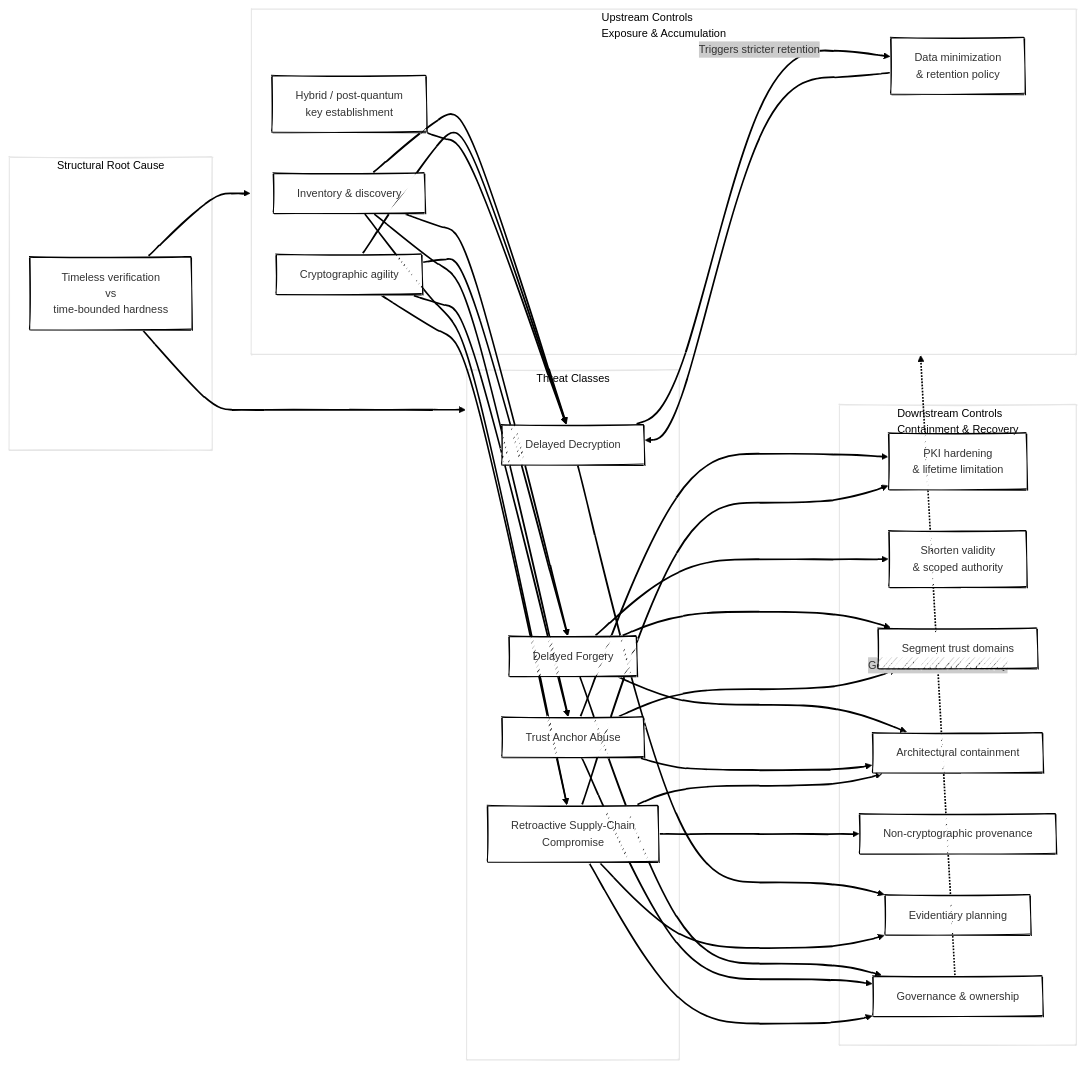
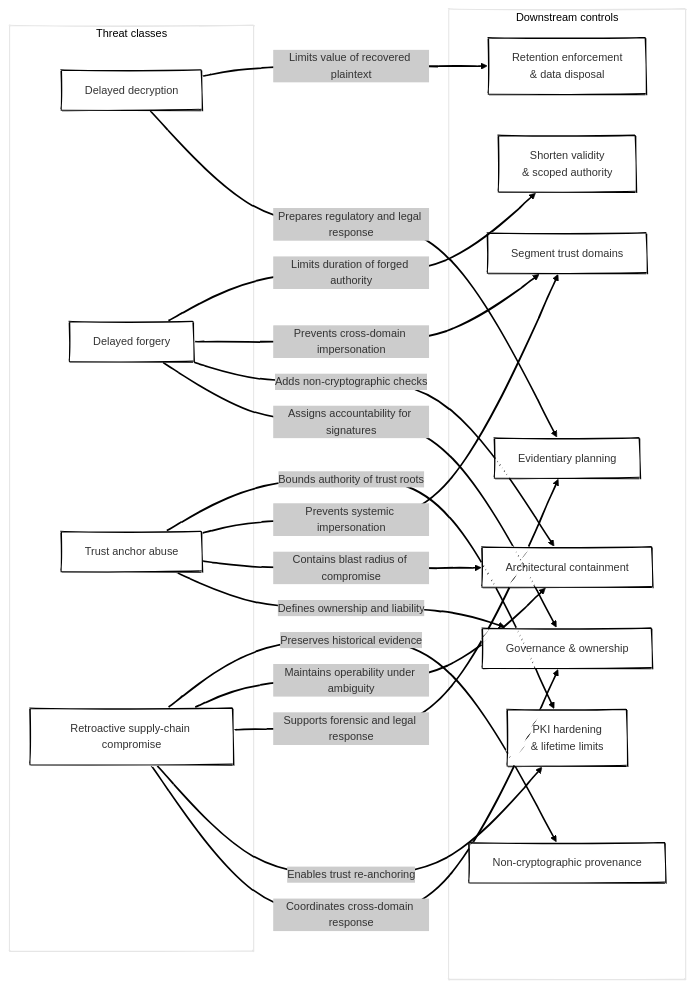
Before and after one commit to antomon/antomon.github.io: the fifth of 5 diagrams in longforms/when-digital-trust-expires-quantum-computing-and-the-collapse-of-signature-based-security/index.qmd, drawn with Mermaid. The commit also changed other lines of this file and 5 other files, not shown here.

````diff
--- a/longforms/when-digital-trust-expires-quantum-computing-and-the-collapse-of-signature-based-security/index.qmd
+++ b/longforms/when-digital-trust-expires-quantum-computing-and-the-collapse-of-signature-based-security/index.qmd
@@ -562,78 +620,46 @@
 ```{mermaid}
-%%| label: fig-threats-to-remediations
-%%| fig-cap: "Post-quantum threats and the remediation measures that mitigate each failure mode. Each threat class is linked to specific controls discussed in the essay, showing how inventory, governance, lifecycle management, cryptographic agility, and architectural containment interrupt the progression from threat mechanism to systemic failure."
-%%| fig-alt: "Threat classes and their corresponding mitigation controls"
+%%| label: fig-threats-to-downstream-controls
+%%| fig-cap: "Each post-quantum threat class activates distinct containment and recovery controls. These measures do not prevent cryptographic breakage but limit authority, scope, irreversibility, and legal exposure once trust assumptions collapse."
+%%| fig-alt: "Post-quantum threats mapped to containment controls"
 %%| fig-align: "center"
 %%{init: {"theme": "neo", "look": "handDrawn"}}%%
 
 flowchart LR
 
-    subgraph ROOT["Structural Root Cause"]
-        R["Timeless verification<br>vs<br>time-bounded hardness"]
-    end
+subgraph THREATS["Threat classes"]
+    DD["Delayed decryption"]
+    DF["Delayed forgery"]
+    TA["Trust anchor abuse"]
+    SC["Retroactive supply-chain compromise"]
+end
 
-    subgraph PRE["Upstream Controls<br>Exposure & Accumulation"]
-        INV["Inventory & discovery"]
-        AGI["Cryptographic agility"]
-        HYB["Hybrid / post-quantum<br>key establishment"]
-        DRET["Data minimization<br>& retention policy"]
-    end
+subgraph POST["Downstream controls"]
+    DRET["Retention enforcement<br>& data disposal"]
+    LIF["Shorten validity<br>& scoped authority"]
+    PKI["PKI hardening<br>& lifetime limits"]
+    SEG["Segment trust domains"]
+    ARCH["Architectural containment"]
+    PROV["Non-cryptographic provenance"]
+    EV["Evidentiary planning"]
+    GOV["Governance & ownership"]
+end
 
-    subgraph THREATS["Threat Classes"]
-        DD["Delayed Decryption"]
-        DF["Delayed Forgery"]
-        TA["Trust Anchor Abuse"]
-        SC["Retroactive Supply-Chain<br>Compromise"]
-    end
+DD -->|Limits value of recovered plaintext| DRET
+DD -->|Prepares regulatory and legal response| EV
 
-    subgraph POST["Downstream Controls<br>Containment & Recovery"]
-        PKI["PKI hardening<br>& lifetime limitation"]
-        LIF["Shorten validity<br>& scoped authority"]
-        SEG["Segment trust domains"]
-        ARCH["Architectural containment"]
-        PROV["Non-cryptographic provenance"]
-        EV["Evidentiary planning"]
-        GOV["Governance & ownership"]
-    end
+DF -->|Limits duration of forged authority| LIF
+DF -->|Prevents cross-domain impersonation| SEG
+DF -->|Adds non-cryptographic checks| ARCH
+DF -->|Assigns accountability for signatures| GOV
 
-    %% Root cause
-    R --> PRE
-    R --> THREATS
+TA -->|Bounds authority of trust roots| PKI
+TA -->|Prevents systemic impersonation| SEG
+TA -->|Contains blast radius of compromise| ARCH
+TA -->|Defines ownership and liability| GOV
 
-    %% Upstream controls shaping threat exposure
-    INV --> DD
-    INV --> DF
-    INV --> TA
-    INV --> SC
-
-    AGI --> DD
-    AGI --> DF
-    AGI --> TA
-    AGI --> SC
-
-    HYB --> DD
-    DRET --> DD
-
-    %% Threats driving downstream damage controls
-    DD -->|Triggers stricter retention| DRET
-    DD --> EV
-
-    DF --> LIF
-    DF --> SEG
-    DF --> ARCH
-    DF --> GOV
-
-    TA --> PKI
-    TA --> SEG
-    TA --> ARCH
-    TA --> GOV
-
-    SC --> PROV
-    SC --> ARCH
-    SC --> EV
-    SC --> PKI
-    SC --> GOV
-
-    %% Governance as a meta-control
-    GOV -. Governs lifetimes & authority .-> PRE
+SC -->|Preserves historical evidence| PROV
+SC -->|Maintains operability under ambiguity| ARCH
+SC -->|Supports forensic and legal response| EV
+SC -->|Enables trust re-anchoring| PKI
+SC -->|Coordinates cross-domain response| GOV
 ```
````
